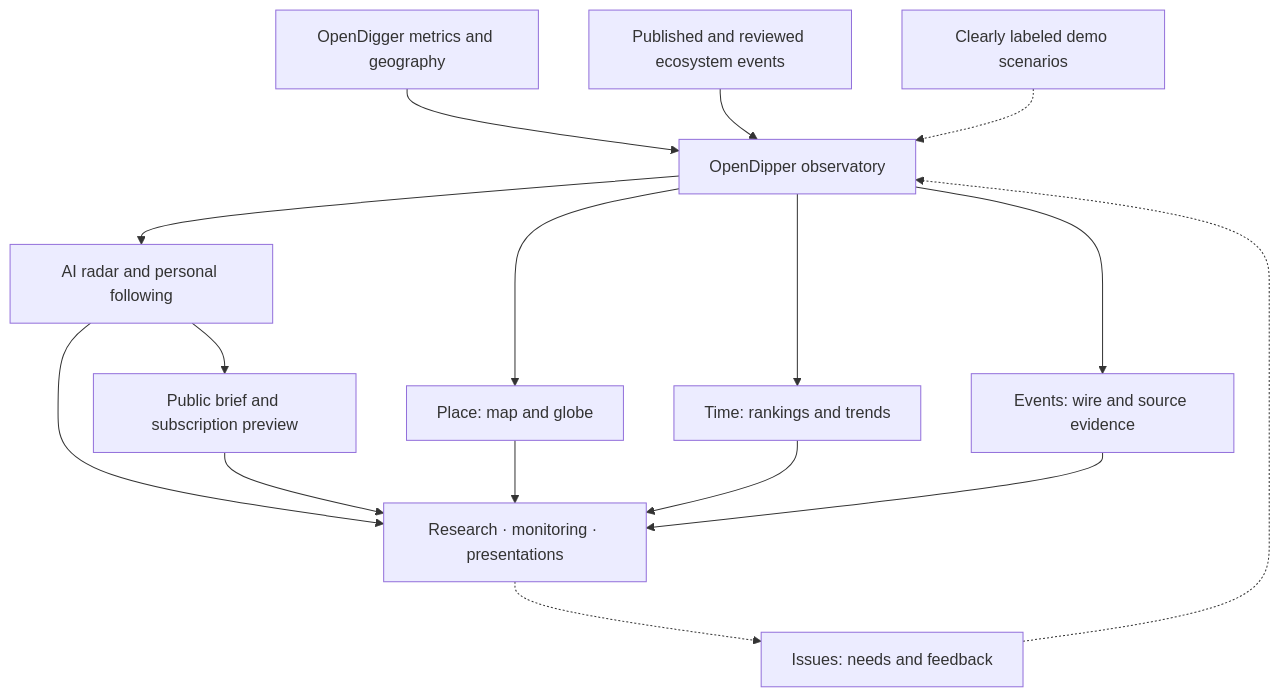
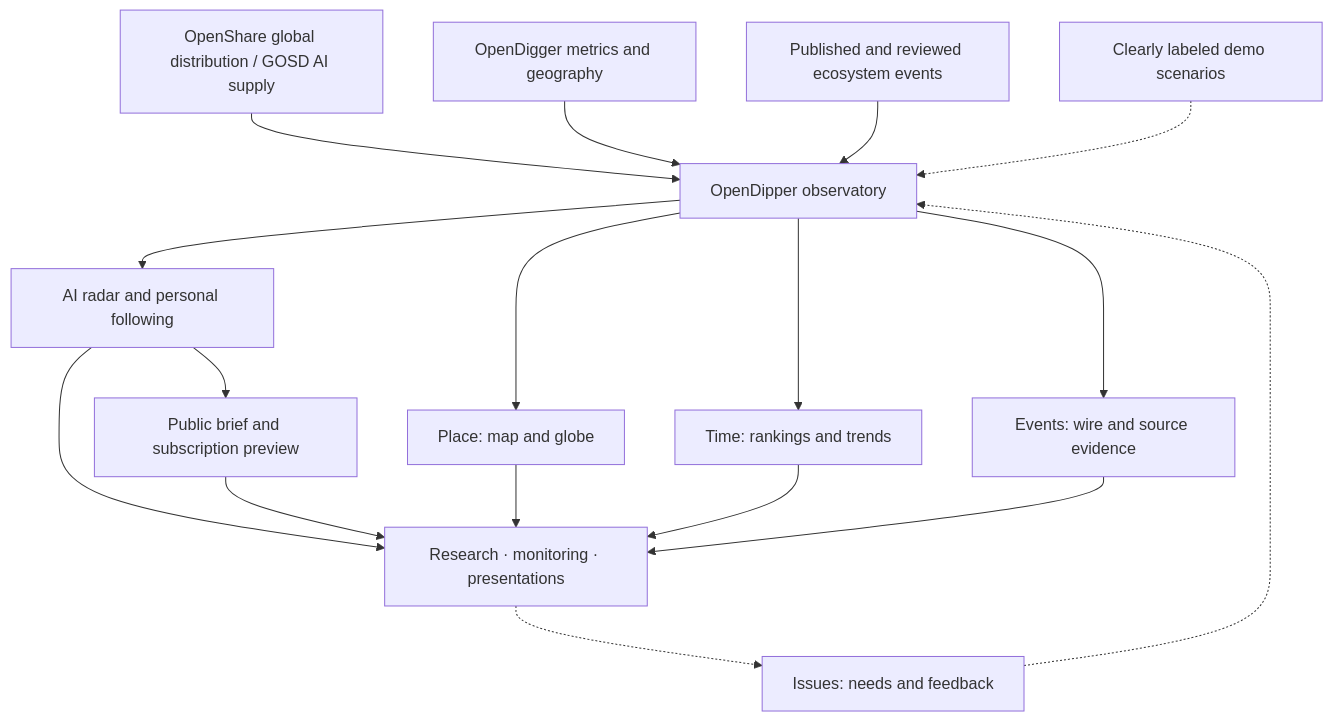
Before and after one commit to X-lab2017/open-dipper: the first of 2 diagrams in README.md, drawn with Mermaid. The commit also changed other lines of this file and 33 other files, not shown here.

First line of the commit message:
feat: add focused OpenShare geography and observed GOSD AI supply

````diff
--- a/README.md
+++ b/README.md
@@ -17,18 +17,19 @@
 ```mermaid
 flowchart TD
+  GS["OpenShare global distribution / GOSD AI supply"] --> O
   M["OpenDigger metrics and geography"] --> O["OpenDipper observatory"]
   E["Published and reviewed ecosystem events"] --> O
   D["Clearly labeled demo scenarios"] -.-> O
   O --> G["Place: map and globe"]
   O --> T["Time: rankings and trends"]
   O --> W["Events: wire and source evidence"]
   O --> R["AI radar and personal following"]
   R --> V
   R --> S["Public brief and subscription preview"]
   S --> V
   G --> V["Research · monitoring · presentations"]
   T --> V
   W --> V
   V -.-> I["Issues: needs and feedback"]
   I -.-> O
 ```
````
